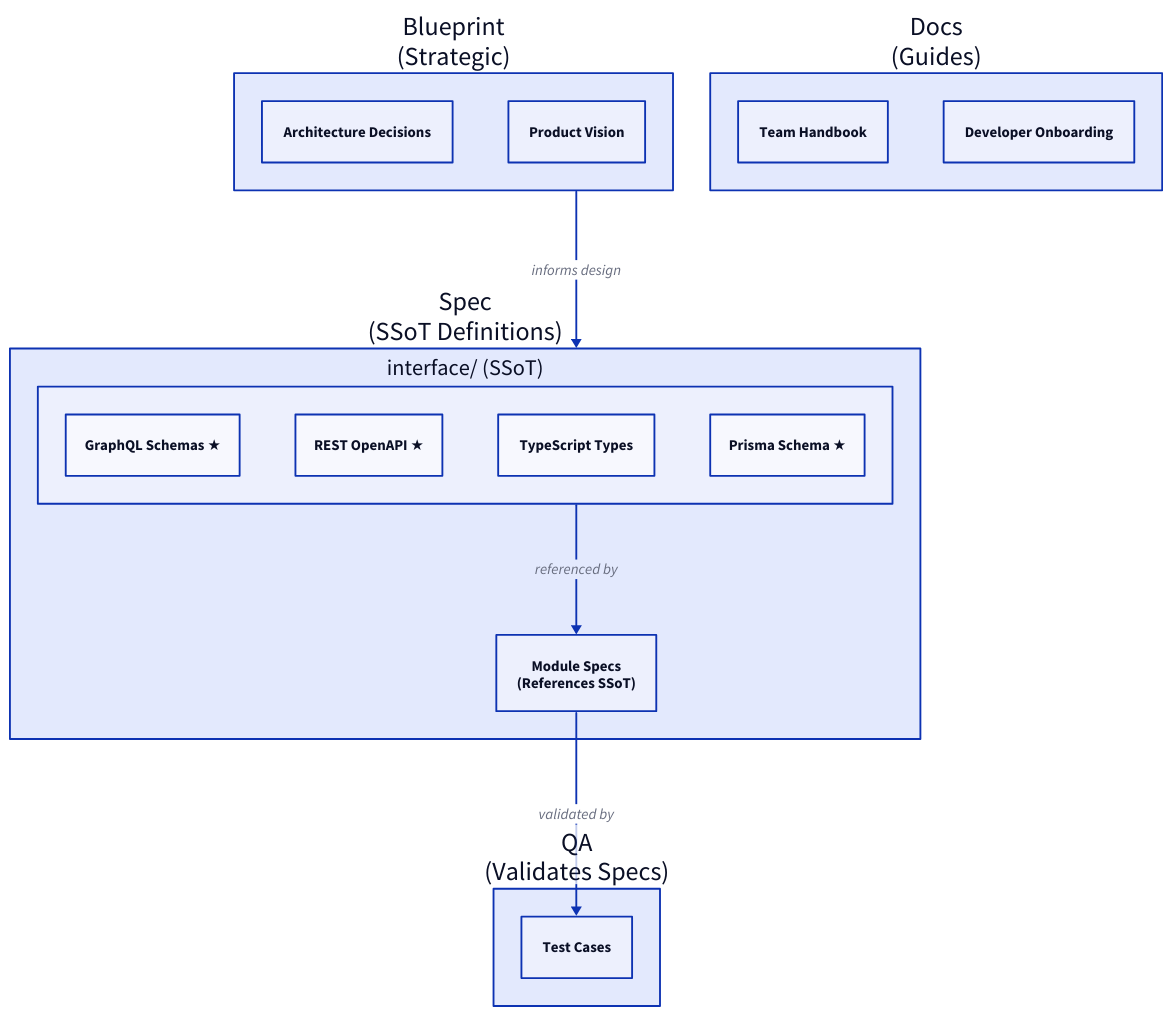
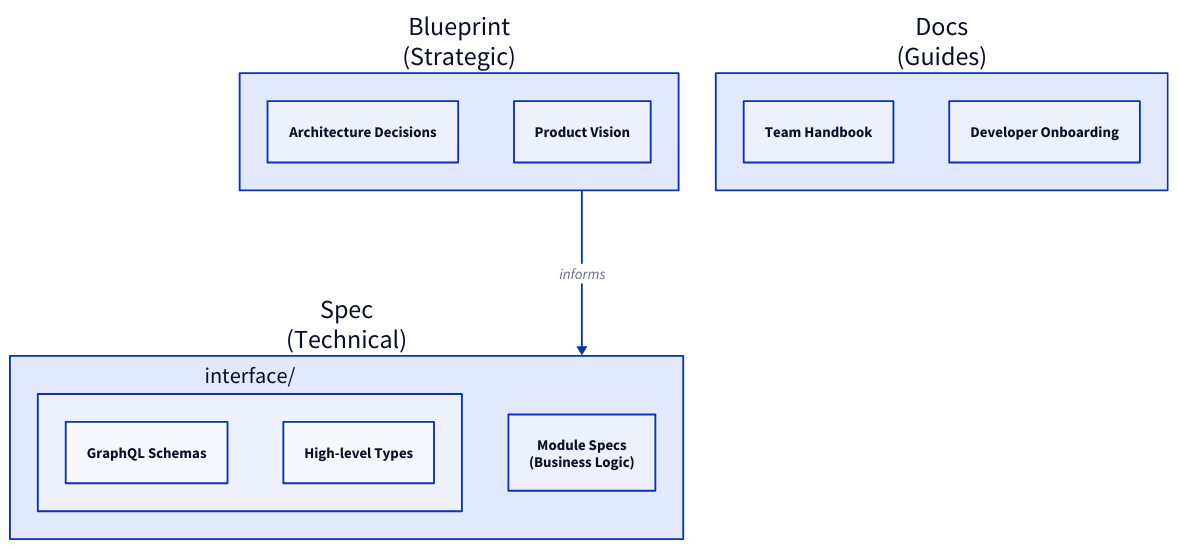
The diagram in docs/handbook/ssot-guide.md (philongdanh/lms), drawn with D2 before and after one commit. The commit also changed other lines of this file and 10 other files, not shown here.

````diff
--- a/docs/handbook/ssot-guide.md
+++ b/docs/handbook/ssot-guide.md
@@ -29,39 +29,30 @@
 ```d2
 direction: down
 
 blueprint: "blueprint/" {
   label: "Blueprint\n(Strategic)"
   architecture: "Architecture Decisions"
   product: "Product Vision"
 }
 
 spec: "spec/" {
-  label: "Spec\n(SSoT Definitions)"
+  label: "Spec\n(Technical)"
 
-  interface: "interface/ (SSoT)" {
-    graphql: "GraphQL Schemas ★"
-    rest: "REST OpenAPI ★"
-    types: "TypeScript Types"
-    schema: "Prisma Schema ★"
+  interface: "interface/" {
+    graphql: "GraphQL Schemas"
+    types: "High-level Types"
   }
 
   modules: "modules/" {
-    label: "Module Specs\n(References SSoT)"
+    label: "Module Specs\n(Business Logic)"
   }
-}
-
-qa: "qa/" {
-  label: "QA\n(Validates Specs)"
-  cases: "Test Cases"
 }
 
 docs: "docs/" {
   label: "Docs\n(Guides)"
   handbook: "Team Handbook"
   onboarding: "Developer Onboarding"
 }
 
-blueprint -> spec: "informs design"
-spec.interface -> spec.modules: "referenced by"
-spec.modules -> qa.cases: "validated by"
+blueprint -> spec: "informs"
 ```
````
